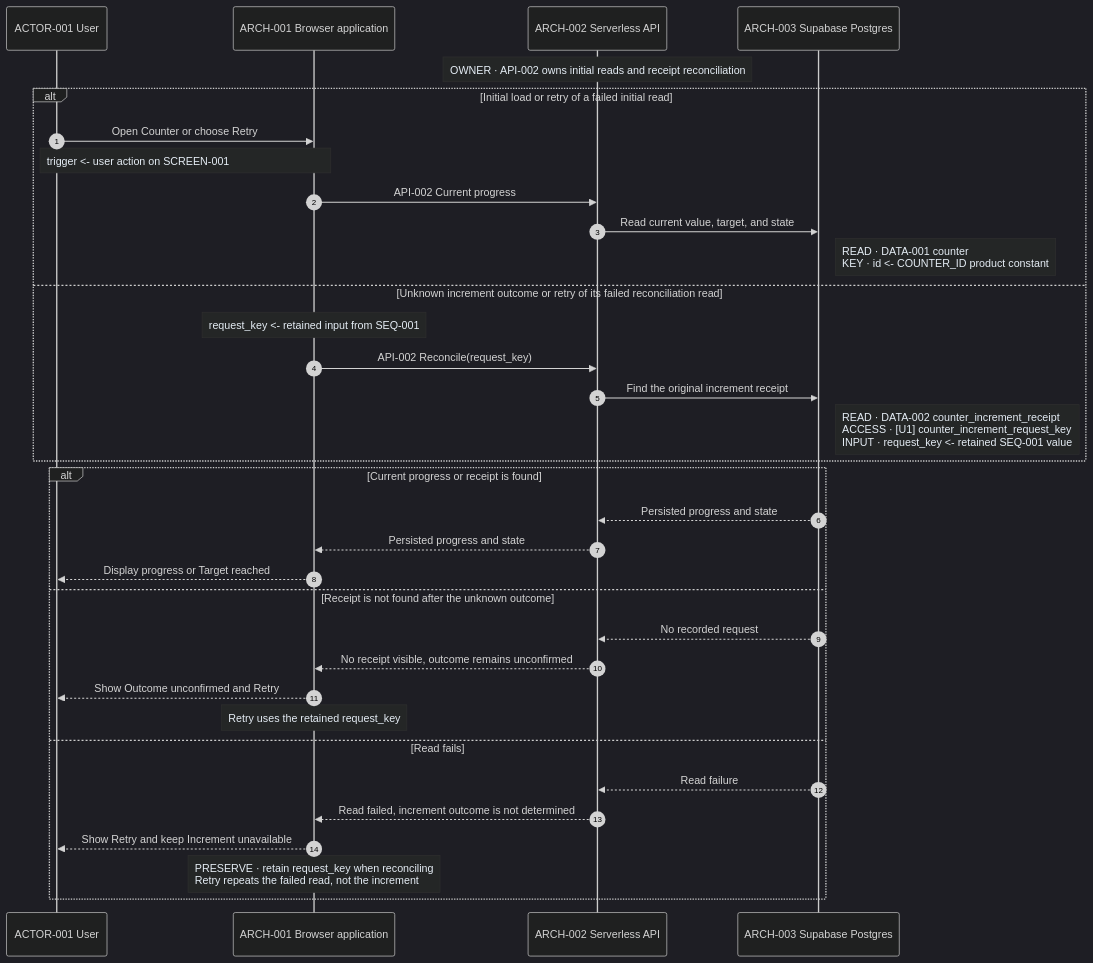
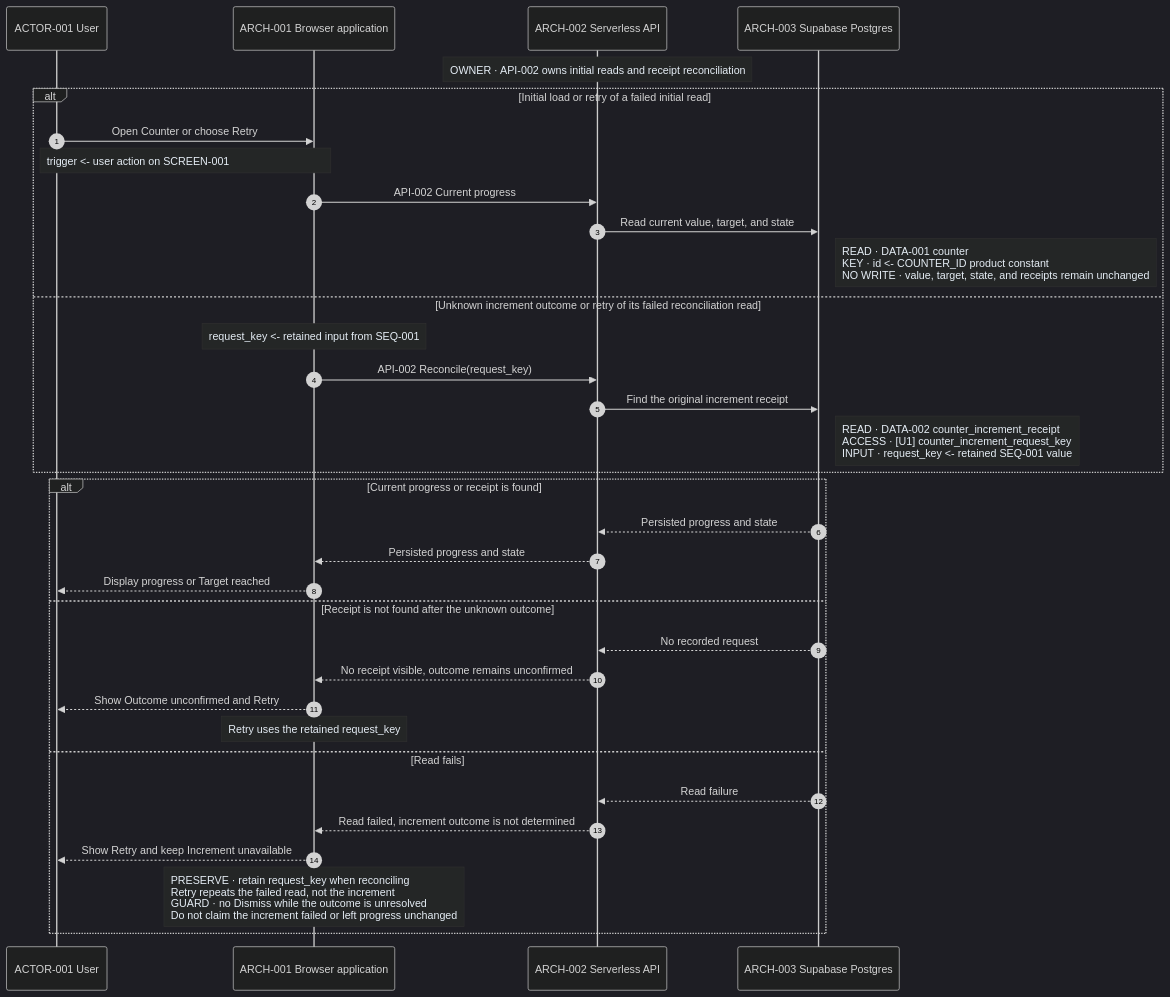
The second of 2 diagrams in skills/product-intent-manager/assets/example-product-intent-package/sequences/sequences.md (swabbiedotdev/product-intent-package), drawn with Mermaid before and after one commit. The commit also changed other lines of this file and 18 other files, not shown here.

Commit message:
docs: strengthen modular diagram-first PIP guidance

````diff
--- a/skills/product-intent-manager/assets/example-product-intent-package/sequences/sequences.md
+++ b/skills/product-intent-manager/assets/example-product-intent-package/sequences/sequences.md
@@ -97,50 +98,50 @@
 ```mermaid
 ---
 config:
   theme: dark
   sequence:
     noteAlign: left
     noteFontSize: 14
     noteFontFamily: Arial
   themeCSS: |
     .noteText { font-family: Arial !important; font-size: 14px !important; }
   themeVariables:
     noteBkgColor: '#242626'
     noteTextColor: '#e5edf5'
 ---
 sequenceDiagram
   autonumber
   participant U as ACTOR-001 User
   participant B as ARCH-001 Browser application
   participant S as ARCH-002 Serverless API
   participant D as ARCH-003 Supabase Postgres
 
   Note over S: OWNER · API-002 owns initial reads and receipt reconciliation
   alt Initial load or retry of a failed initial read
     U->>B: Open Counter or choose Retry
     Note over U,B: trigger <- user action on SCREEN-001
     B->>S: API-002 Current progress
     S->>D: Read current value, target, and state
-    Note right of D: READ · DATA-001 counter<br/>KEY · id <- COUNTER_ID product constant
+    Note right of D: READ · DATA-001 counter<br/>KEY · id <- COUNTER_ID product constant<br/>NO WRITE · value, target, state, and receipts remain unchanged
   else Unknown increment outcome or retry of its failed reconciliation read
     Note over B: request_key <- retained input from SEQ-001
     B->>S: API-002 Reconcile(request_key)
     S->>D: Find the original increment receipt
     Note right of D: READ · DATA-002 counter_increment_receipt<br/>ACCESS · [U1] counter_increment_request_key<br/>INPUT · request_key <- retained SEQ-001 value
   end
   alt Current progress or receipt is found
     D-->>S: Persisted progress and state
     S-->>B: Persisted progress and state
     B-->>U: Display progress or Target reached
   else Receipt is not found after the unknown outcome
     D-->>S: No recorded request
     S-->>B: No receipt visible, outcome remains unconfirmed
     B-->>U: Show Outcome unconfirmed and Retry
     Note over B: Retry uses the retained request_key
   else Read fails
     D-->>S: Read failure
     S-->>B: Read failed, increment outcome is not determined
     B-->>U: Show Retry and keep Increment unavailable
-    Note over B: PRESERVE · retain request_key when reconciling<br/>Retry repeats the failed read, not the increment
+    Note over B: PRESERVE · retain request_key when reconciling<br/>Retry repeats the failed read, not the increment<br/>GUARD · no Dismiss while the outcome is unresolved<br/>Do not claim the increment failed or left progress unchanged
   end
 ```
````
